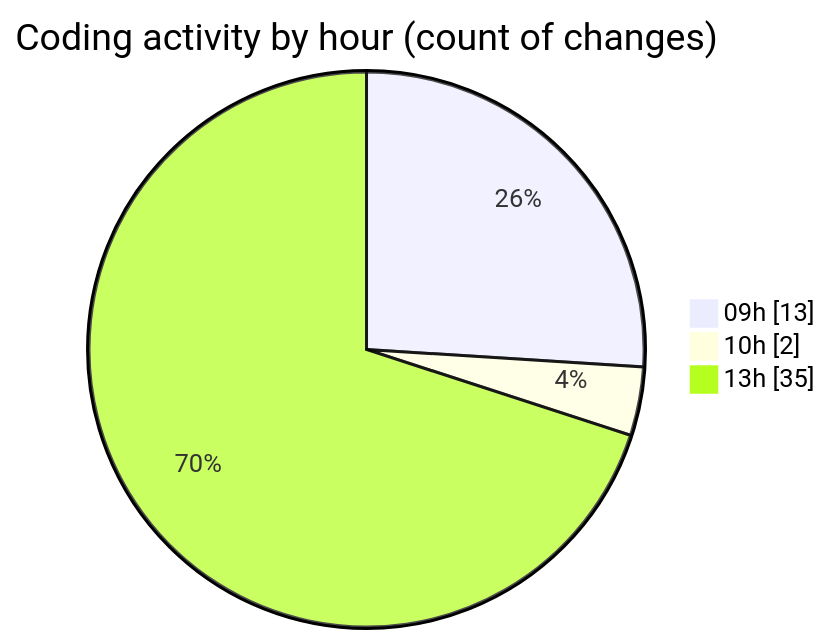
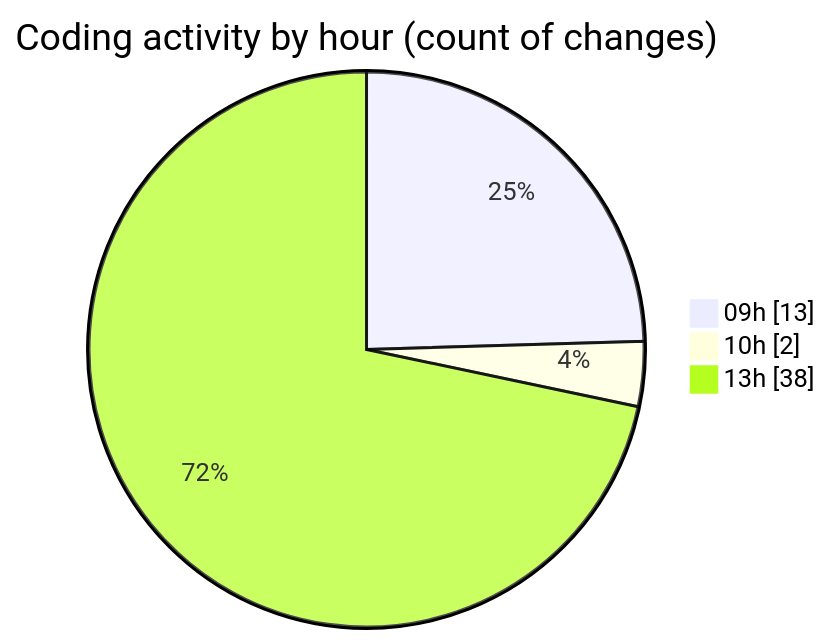
The second of 2 diagrams in 2025-08-29/cda/README.md (momahboobian/code-tracking), drawn with Mermaid before and after one commit. The commit also changed other lines of this file and 1 other file, not shown here.

````diff
--- a/2025-08-29/cda/README.md
+++ b/2025-08-29/cda/README.md
@@ -41,7 +42,7 @@
 ```mermaid
 pie showData
 title Coding activity by hour (count of changes)
 "09h" : 13
 "10h" : 2
-"13h" : 35
+"13h" : 38
 ```
````
